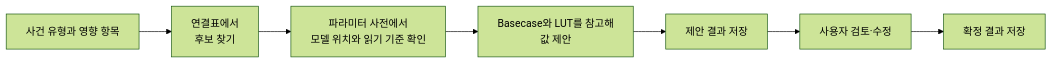
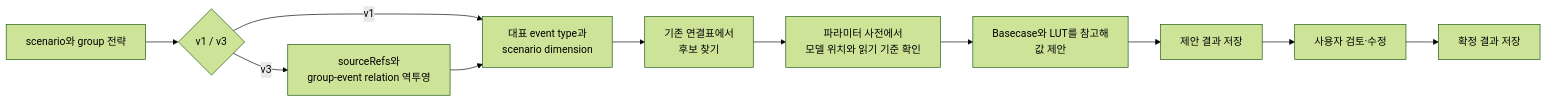
The first of 2 diagrams in apps/agents/model_parameter_agent/docs/03_MODEL_PARAMETER_AGENT_DB_SPEC.md (enkhbaatarL/skmip-mi-agent), drawn with Mermaid (forest theme) before and after one commit. The commit also changed other lines of this file and 34 other files, not shown here.

````diff
--- a/apps/agents/model_parameter_agent/docs/03_MODEL_PARAMETER_AGENT_DB_SPEC.md
+++ b/apps/agents/model_parameter_agent/docs/03_MODEL_PARAMETER_AGENT_DB_SPEC.md
@@ -24,9 +28,13 @@
 ```mermaid
 flowchart LR
-    A[사건 유형과 영향 항목] --> B[연결표에서\n후보 찾기]
-    B --> C[파라미터 사전에서\n모델 위치와 읽기 기준 확인]
-    C --> D[Basecase와 LUT를 참고해\n값 제안]
-    D --> E[제안 결과 저장]
-    E --> F[사용자 검토·수정]
-    F --> G[확정 결과 저장]
+    A[scenario와 group 전략] --> V{v1 / v3}
+    V -->|v1| B[대표 event type과\nscenario dimension]
+    V -->|v3| R[sourceRefs와\ngroup-event relation 역투영]
+    R --> B
+    B --> C[기존 연결표에서\n후보 찾기]
+    C --> D[파라미터 사전에서\n모델 위치와 읽기 기준 확인]
+    D --> E[Basecase와 LUT를 참고해\n값 제안]
+    E --> F[제안 결과 저장]
+    F --> G[사용자 검토·수정]
+    G --> H[확정 결과 저장]
 ```
````
